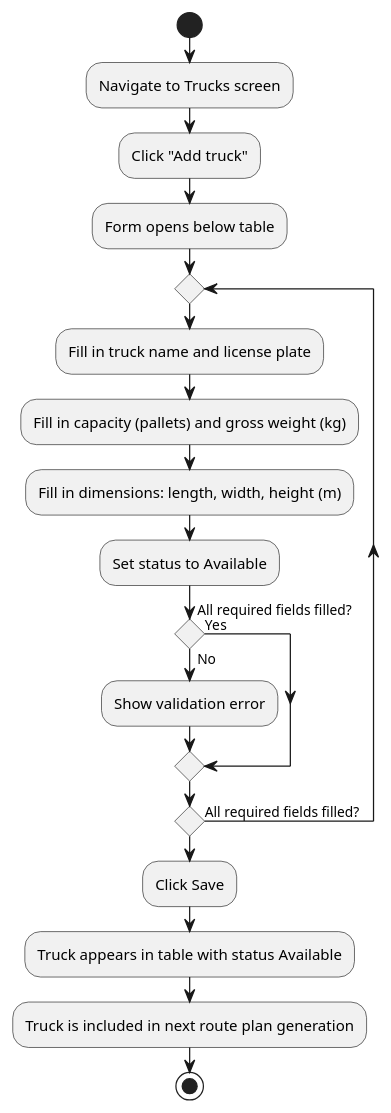
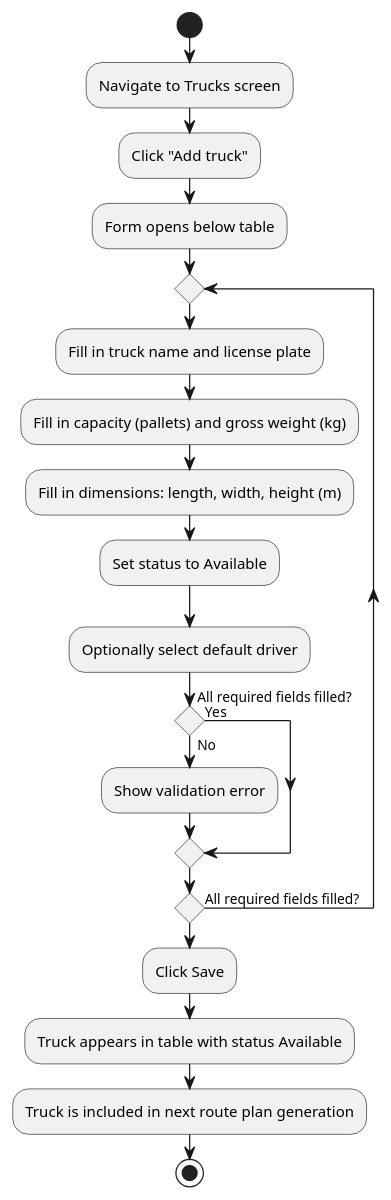
Before and after one commit to softwharee/gradrepo: the fourth of 5 diagrams in functional-design/readme.md, drawn with PlantUML. The commit also changed other lines of this file and 2 other files, not shown here.

````diff
--- a/functional-design/readme.md
+++ b/functional-design/readme.md
@@ -810,28 +881,29 @@
 ```plantuml
 @startuml
 skinparam conditionStyle diamond
 
 start
 :Navigate to Trucks screen;
 :Click "Add truck";
 :Form opens below table;
 
 repeat
   :Fill in truck name and license plate;
   :Fill in capacity (pallets) and gross weight (kg);
   :Fill in dimensions: length, width, height (m);
   :Set status to Available;
+  :Optionally select default driver;
 
   if (All required fields filled?) then (Yes)
   else (No)
     :Show validation error;
   endif
 repeat while (All required fields filled?) is (No)
 
 :Click Save;
 :Truck appears in table with status Available;
 :Truck is included in next route plan generation;
 
 stop
 @enduml
 ```
````
